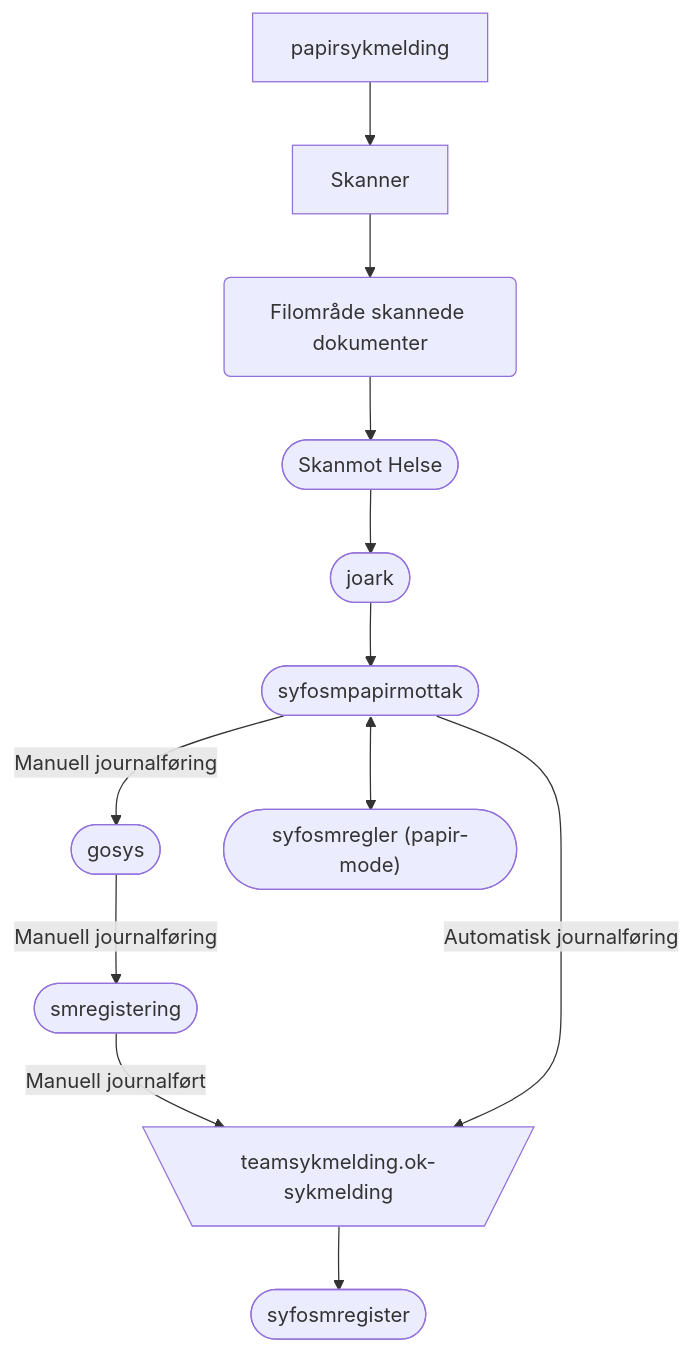
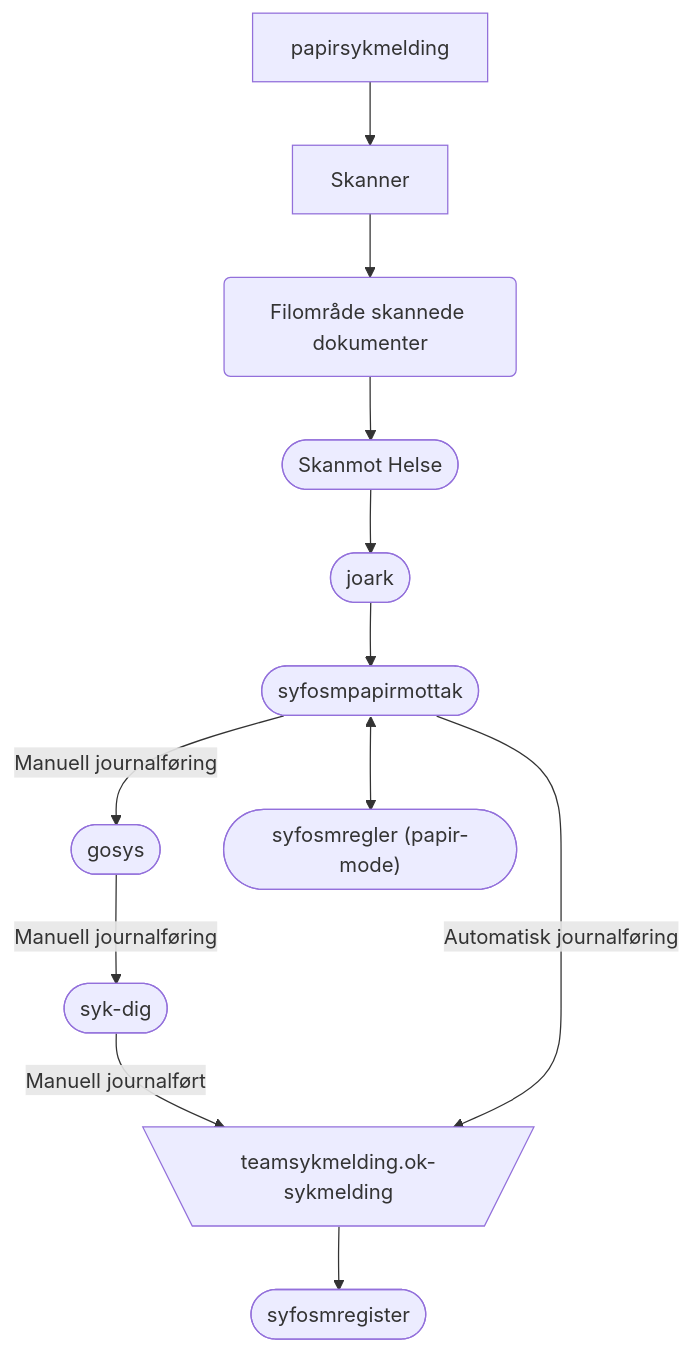
The diagram in README.md (navikt/syfosmpapirmottak), drawn with Mermaid before and after one commit.

Commit message:
Update document flow in README.md (#372)

````diff
--- a/README.md
+++ b/README.md
@@ -22,14 +22,14 @@
 ```mermaid
   graph TD
     papirsykmelding --> Skanner
     Skanner --> id1(Filområde skannede dokumenter)
     id1(Filområde skannede dokumenter) --> id2([Skanmot Helse])
     id2([Skanmot Helse]) --> id3([joark])
     id3([joark]) --> id4([syfosmpapirmottak])
     id4([syfosmpapirmottak]) -->|Manuell journalføring| id15([gosys])
-    id15([gosys]) -->|Manuell journalføring| id5([smregistering])
-    id5([smregistering]) -->|Manuell journalført| C[\teamsykmelding.ok-sykmelding/]
+    id15([gosys]) -->|Manuell journalføring| id5([syk-dig])
+    id5([syk-dig]) -->|Manuell journalført| C[\teamsykmelding.ok-sykmelding/]
     id4([syfosmpapirmottak]) <--> id6(["syfosmregler (papir-mode)"])
     id4([syfosmpapirmottak]) -->|Automatisk journalføring| C[\teamsykmelding.ok-sykmelding/]
     C[\teamsykmelding.ok-sykmelding/] --> id7([syfosmregister]) 
 ```
````
